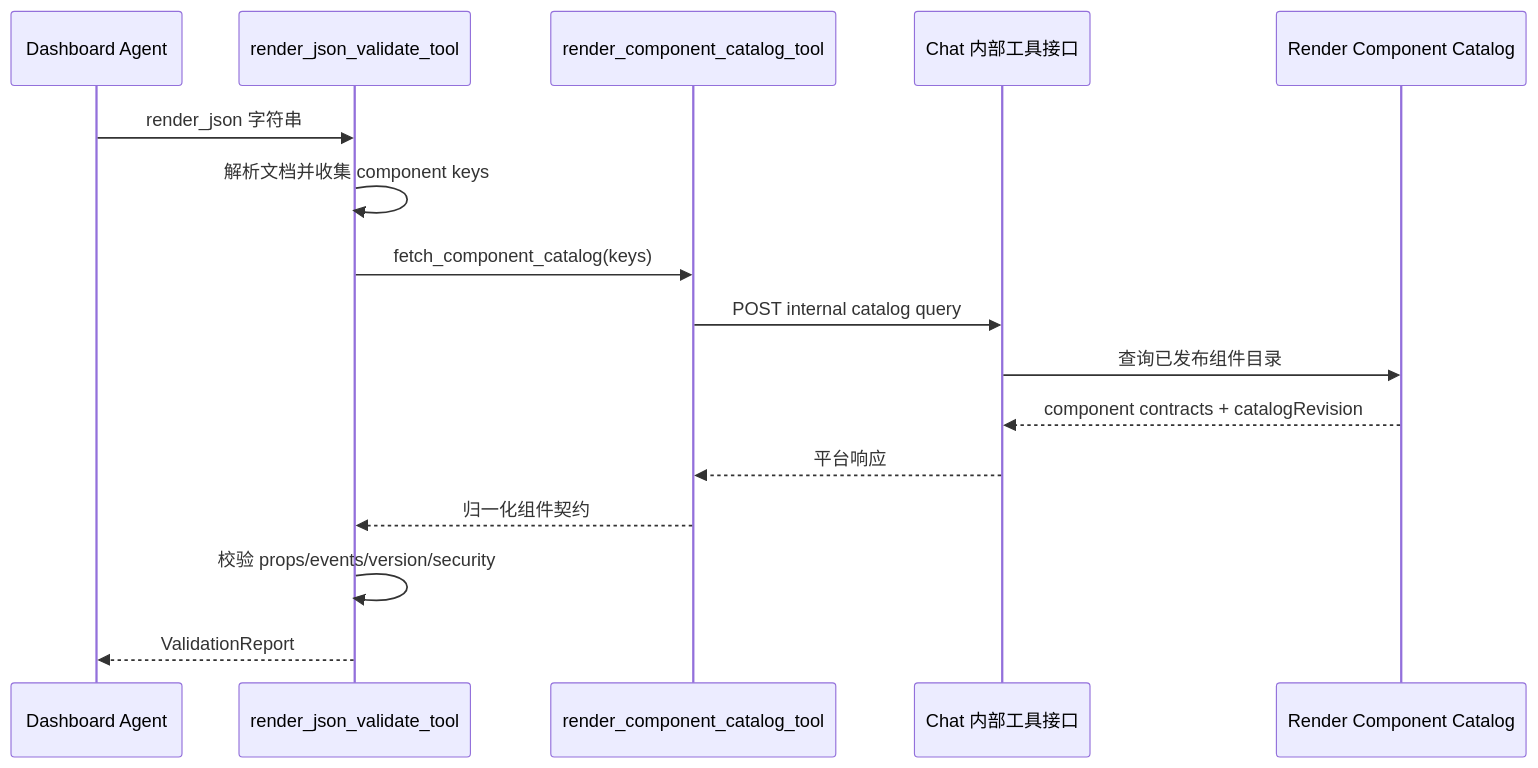
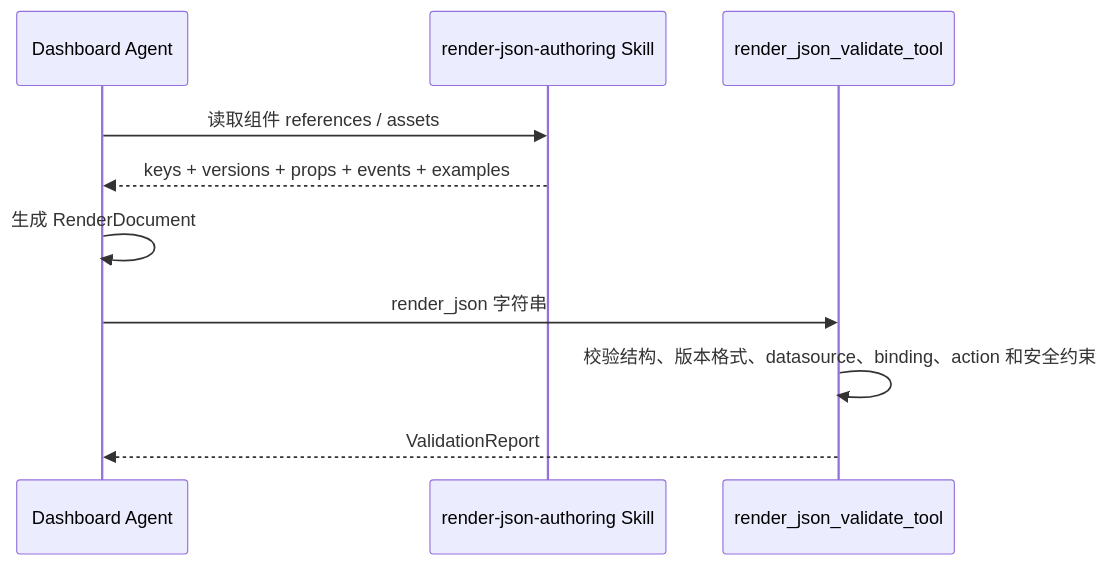
The first of 2 diagrams in docs/technical/render-json/ai-generation-and-validation.md (jouzitong/ai-assit-platform), drawn with Mermaid before and after one commit. The commit also changed other lines of this file and 66 other files, not shown here.

````diff
--- a/docs/technical/render-json/ai-generation-and-validation.md
+++ b/docs/technical/render-json/ai-generation-and-validation.md
@@ -47,19 +46,13 @@
 ```mermaid
 sequenceDiagram
     participant Agent as Dashboard Agent
+    participant Skill as render-json-authoring Skill
     participant Validator as render_json_validate_tool
-    participant CatalogTool as render_component_catalog_tool
-    participant ChatFacade as Chat 内部工具接口
-    participant Render as Render Component Catalog
 
+    Agent->>Skill: 读取组件 references / assets
+    Skill-->>Agent: keys + versions + props + events + examples
+    Agent->>Agent: 生成 RenderDocument
     Agent->>Validator: render_json 字符串
-    Validator->>Validator: 解析文档并收集 component keys
-    Validator->>CatalogTool: fetch_component_catalog(keys)
-    CatalogTool->>ChatFacade: POST internal catalog query
-    ChatFacade->>Render: 查询已发布组件目录
-    Render-->>ChatFacade: component contracts + catalogRevision
-    ChatFacade-->>CatalogTool: 平台响应
-    CatalogTool-->>Validator: 归一化组件契约
-    Validator->>Validator: 校验 props/events/version/security
+    Validator->>Validator: 校验结构、版本格式、datasource、binding、action 和安全约束
     Validator-->>Agent: ValidationReport
 ```
````
